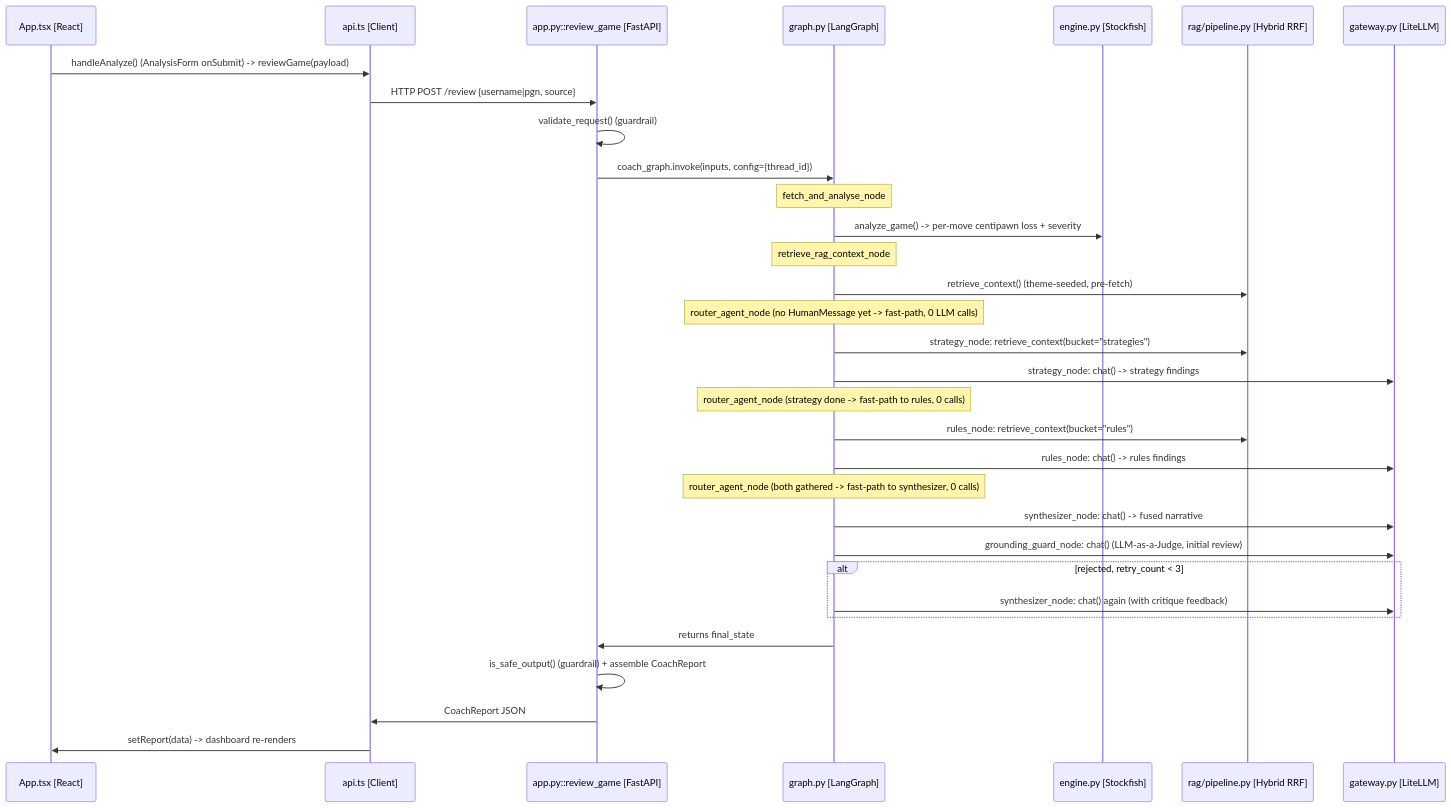
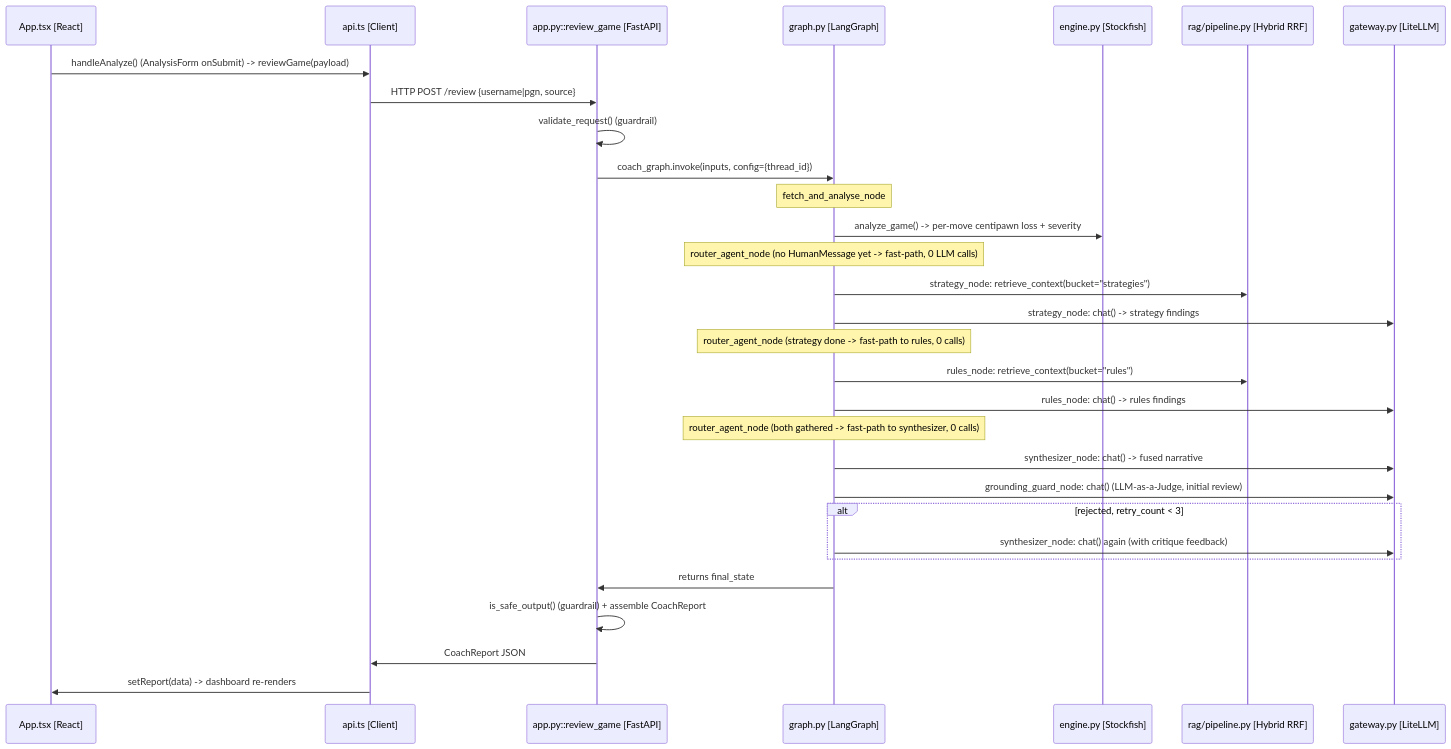
Before and after one commit to rakeshnetdev/AIEC01_CERT_CHLG_GRANDMATE: the first of 2 diagrams in docs/diagrams/request-lifecycle.md, drawn with Mermaid. The commit also changed 5 other files, not shown here.

First line of the commit message:
refactor(phase10-step2): delete the dead retrieve_rag_context node

````diff
--- a/docs/diagrams/request-lifecycle.md
+++ b/docs/diagrams/request-lifecycle.md
@@ -15,35 +15,33 @@
 ```mermaid
 sequenceDiagram
     participant UI as App.tsx [React]
     participant Client as api.ts [Client]
     participant API as app.py::review_game [FastAPI]
     participant Graph as graph.py [LangGraph]
     participant Eng as engine.py [Stockfish]
     participant RAG as rag/pipeline.py [Hybrid RRF]
     participant GW as gateway.py [LiteLLM]
 
     UI->>Client: handleAnalyze() (AnalysisForm onSubmit) -> reviewGame(payload)
     Client->>API: HTTP POST /review {username|pgn, source}
     API->>API: validate_request() (guardrail)
     API->>Graph: coach_graph.invoke(inputs, config={thread_id})
     Note over Graph: fetch_and_analyse_node
     Graph->>Eng: analyze_game() -> per-move centipawn loss + severity
-    Note over Graph: retrieve_rag_context_node
-    Graph->>RAG: retrieve_context() (theme-seeded, pre-fetch)
     Note over Graph: router_agent_node (no HumanMessage yet -> fast-path, 0 LLM calls)
     Graph->>RAG: strategy_node: retrieve_context(bucket="strategies")
     Graph->>GW: strategy_node: chat() -> strategy findings
     Note over Graph: router_agent_node (strategy done -> fast-path to rules, 0 calls)
     Graph->>RAG: rules_node: retrieve_context(bucket="rules")
     Graph->>GW: rules_node: chat() -> rules findings
     Note over Graph: router_agent_node (both gathered -> fast-path to synthesizer, 0 calls)
     Graph->>GW: synthesizer_node: chat() -> fused narrative
     Graph->>GW: grounding_guard_node: chat() (LLM-as-a-Judge, initial review)
     alt rejected, retry_count < 3
         Graph->>GW: synthesizer_node: chat() again (with critique feedback)
     end
     Graph->>API: returns final_state
     API->>API: is_safe_output() (guardrail) + assemble CoachReport
     API->>Client: CoachReport JSON
     Client->>UI: setReport(data) -> dashboard re-renders
 ```
````
